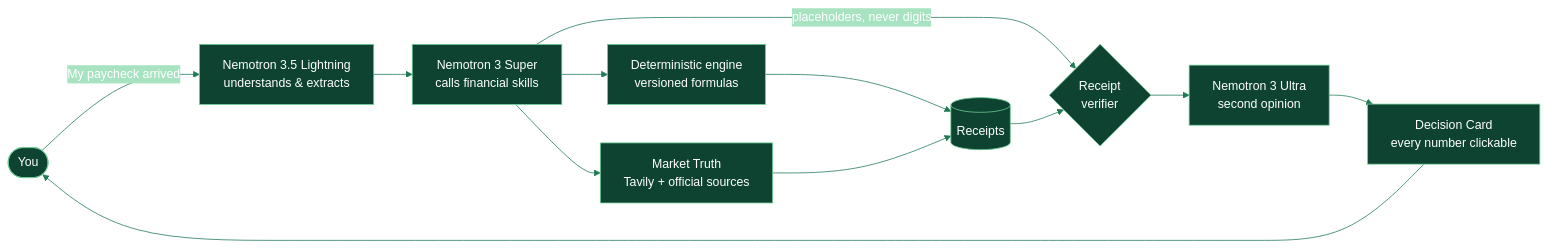
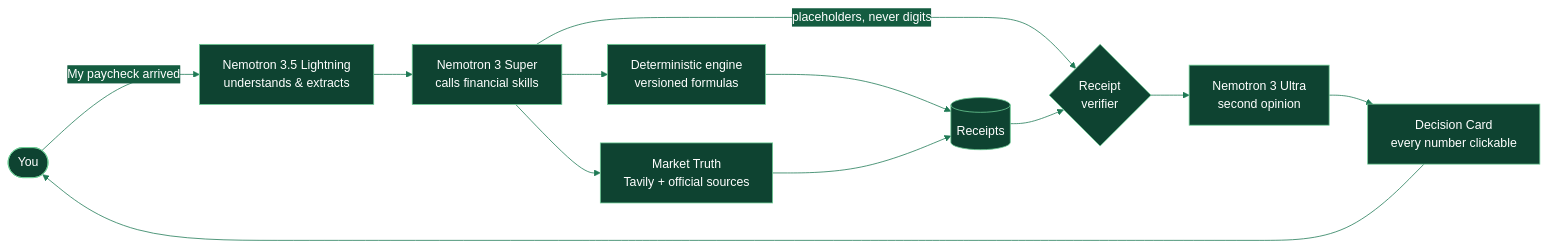
The first of 2 diagrams in README.md (HCHAPS404/FINCH), drawn with Mermaid before and after one commit. The commit also changed other lines of this file and 177 other files, not shown here.

````diff
--- a/README.md
+++ b/README.md
@@ -190,15 +187,15 @@
 ```mermaid
-%%{init: {'theme':'base','themeVariables':{'primaryColor':'#0E4331','primaryTextColor':'#FFFFFF','primaryBorderColor':'#6FCF97','lineColor':'#1F7A55','secondaryColor':'#A7E3C1','tertiaryColor':'#F4F7F5','fontFamily':'Inter, Segoe UI, sans-serif'}}}%%
+%%{init: {'theme':'base','themeVariables':{'primaryColor':'#0E4331','primaryTextColor':'#FFFFFF','nodeTextColor':'#FFFFFF','primaryBorderColor':'#6FCF97','lineColor':'#1F7A55','secondaryColor':'#A7E3C1','tertiaryColor':'#F4F7F5','textColor':'#053F2B','titleColor':'#053F2B','edgeLabelBackground':'#145C40','clusterBkg':'#F4F7F5','clusterBorder':'#A7E3C1','fontFamily':'Inter, Segoe UI, sans-serif'}}}%%
 flowchart LR
   U([You]) -->|"My paycheck arrived"| L[Nemotron 3.5 Lightning<br/>understands & extracts]
   L --> S[Nemotron 3 Super<br/>calls financial skills]
   S --> E[Deterministic engine<br/>versioned formulas]
   S --> M[Market Truth<br/>Tavily + official sources]
   E --> R[(Receipts)]
   M --> R
   S -->|placeholders, never digits| V{Receipt<br/>verifier}
   R --> V
   V --> X[Nemotron 3 Ultra<br/>second opinion]
   X --> C[Decision Card<br/>every number clickable]
   C --> U
 ```
````
